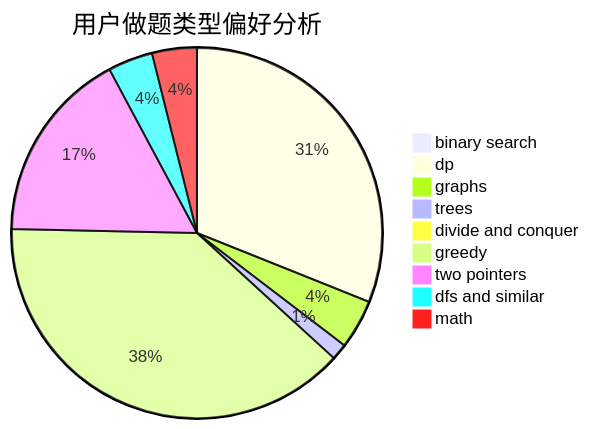
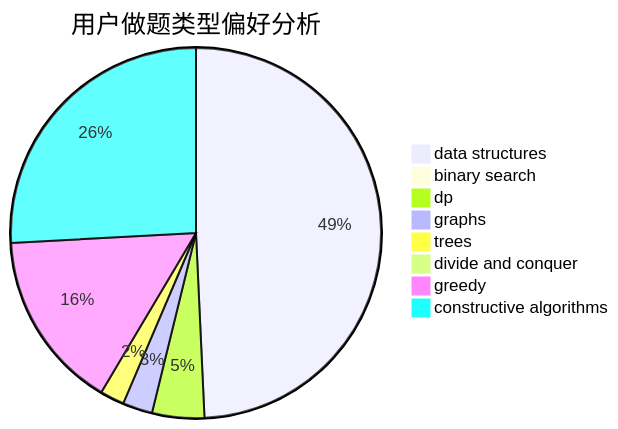
One commit to sherpahu/cfrs.github.io changed the second of 3 diagrams in docs/user/u573.md. Above: the diagram before and after it, drawn with Mermaid. The commit also changed other lines of this file and 2775 other files, not shown here.

````diff
--- a/docs/user/u573.md
+++ b/docs/user/u573.md
@@ -23,12 +23,11 @@
 ```mermaid
 pie title 用户做题类型偏好分析
-    "binary search" :  5
-    "dp" :  461
-    "graphs" :  64
-    "trees" :  21
+    "data structures" :  303
+    "binary search" :  0
+    "dp" :  28
+    "graphs" :  16
+    "trees" :  13
     "divide and conquer" :  0
-    "greedy" :  572
-    "two pointers" :  250
-    "dfs and similar" :  58
-    "math" :  58
+    "greedy" :  96
+    "constructive algorithms" :  159
 ```
````
